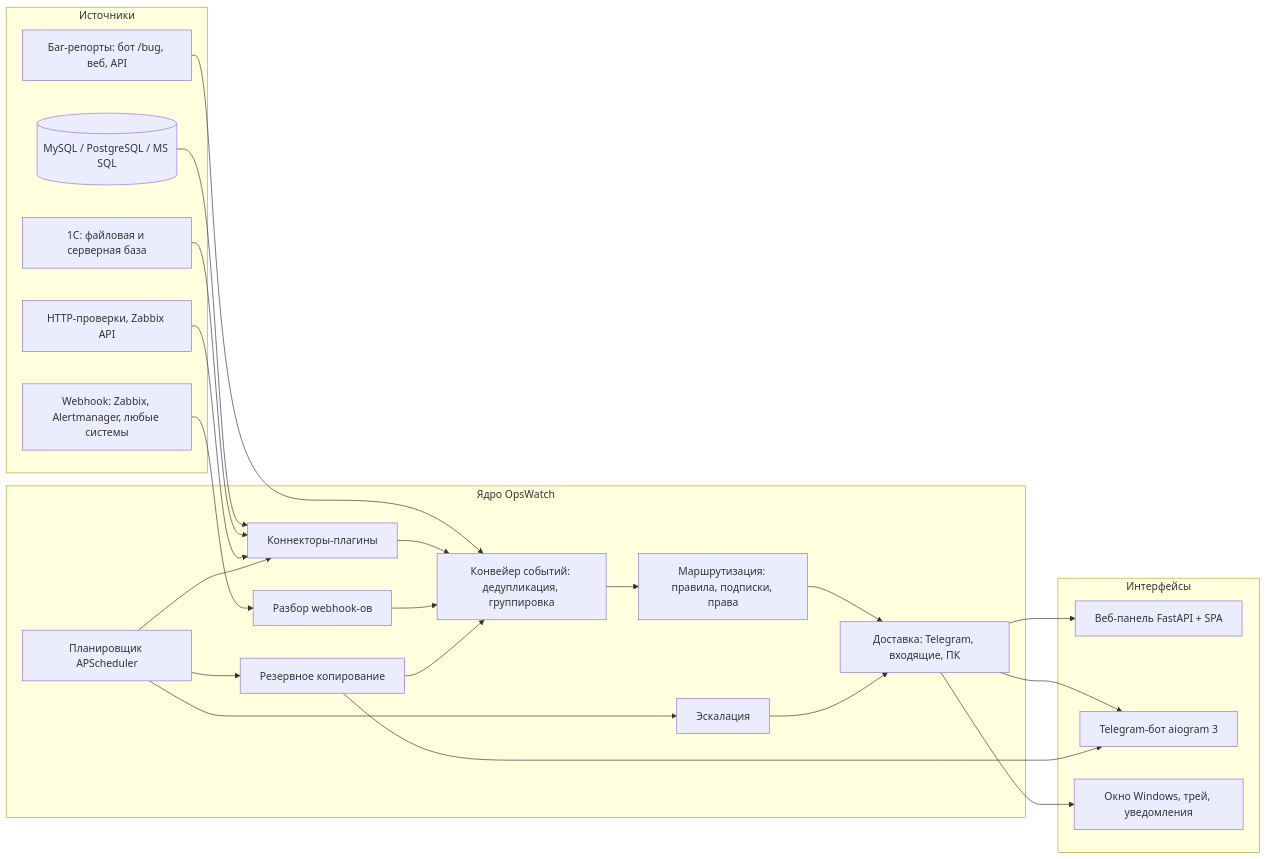
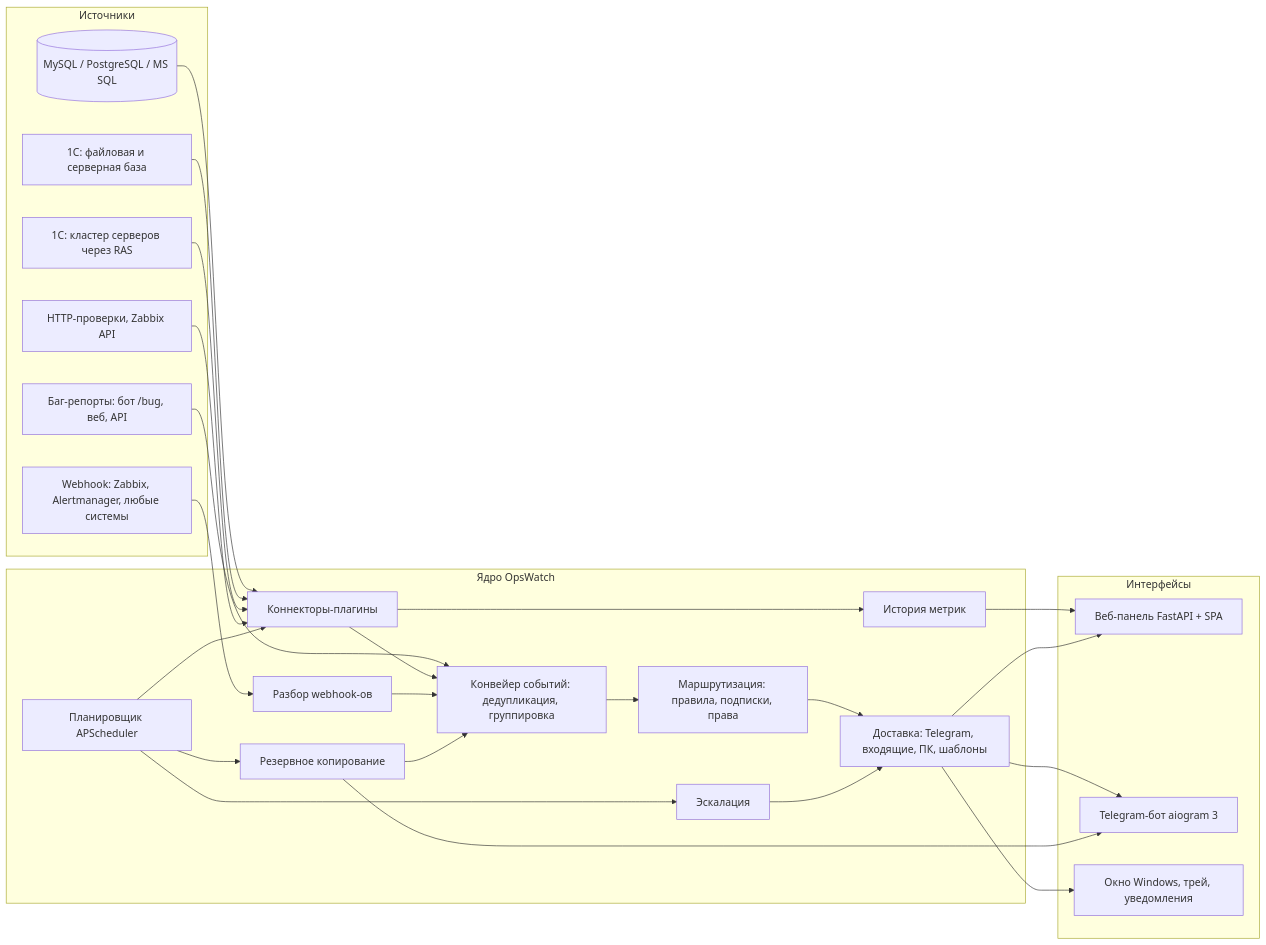
Before and after one commit to artemalekseev926-byte/OpsWatch: the first of 3 diagrams in docs/architecture.md, drawn with Mermaid. The commit also changed other lines of this file and 43 other files, not shown here.

````diff
--- a/docs/architecture.md
+++ b/docs/architecture.md
@@ -7,45 +7,50 @@
 ```mermaid
 flowchart LR
     subgraph Sources[Источники]
         DB[(MySQL / PostgreSQL / MS SQL)]
         C1[1С: файловая и серверная база]
+        RAS[1С: кластер серверов через RAS]
         HTTP[HTTP-проверки, Zabbix API]
         WH[Webhook: Zabbix, Alertmanager, любые системы]
         BUG[Баг-репорты: бот /bug, веб, API]
     end
 
     subgraph Core[Ядро OpsWatch]
         SCH[Планировщик APScheduler]
         CON[Коннекторы-плагины]
         ING[Разбор webhook-ов]
         PIPE[Конвейер событий: дедупликация, группировка]
         ROUTE[Маршрутизация: правила, подписки, права]
-        NOTI[Доставка: Telegram, входящие, ПК]
+        NOTI[Доставка: Telegram, входящие, ПК, шаблоны]
+        MET[История метрик]
         ESC[Эскалация]
         BAK[Резервное копирование]
     end
 
     subgraph UI[Интерфейсы]
         WEB[Веб-панель FastAPI + SPA]
         BOT[Telegram-бот aiogram 3]
         DESK[Окно Windows, трей, уведомления]
     end
 
     DB --> CON
     C1 --> CON
+    RAS --> CON
+    CON --> MET
+    MET --> WEB
     HTTP --> CON
     WH --> ING
     BUG --> PIPE
     SCH --> CON
     SCH --> BAK
     SCH --> ESC
     CON --> PIPE
     ING --> PIPE
     BAK --> PIPE
     PIPE --> ROUTE --> NOTI
     ESC --> NOTI
     NOTI --> BOT
     NOTI --> WEB
     NOTI --> DESK
     BAK --> BOT
 ```
````
